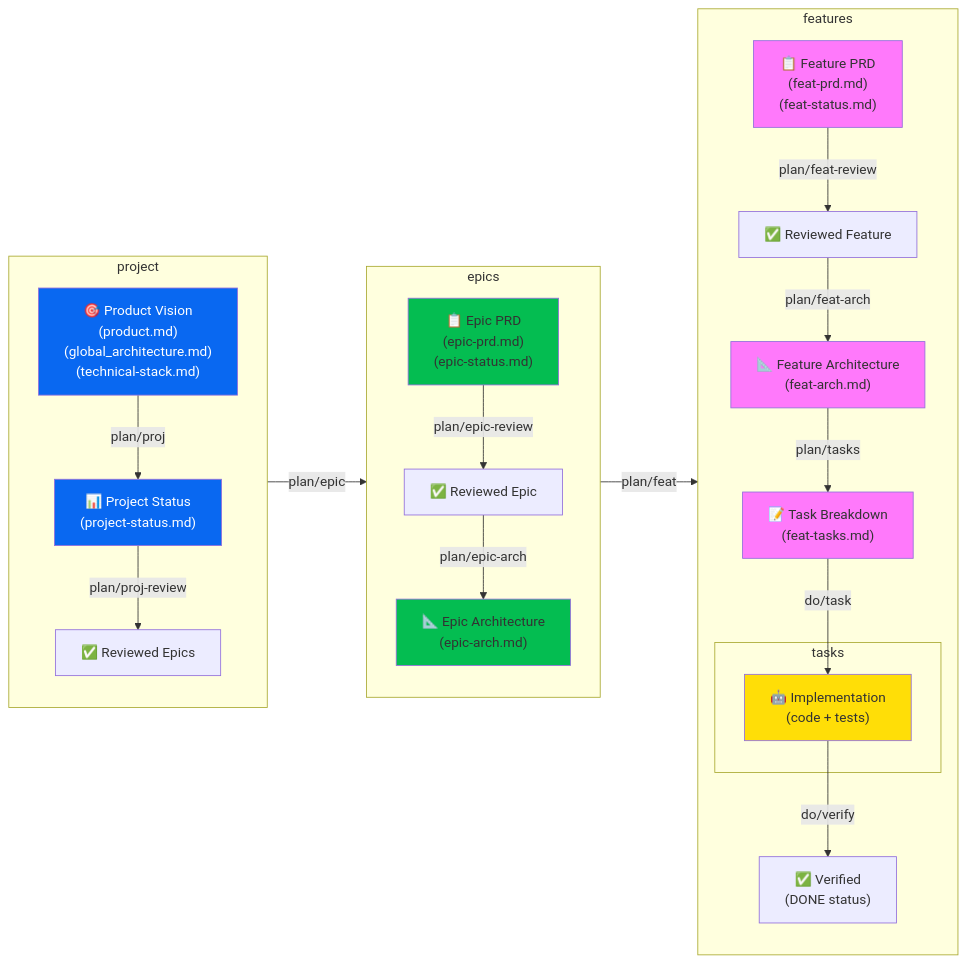
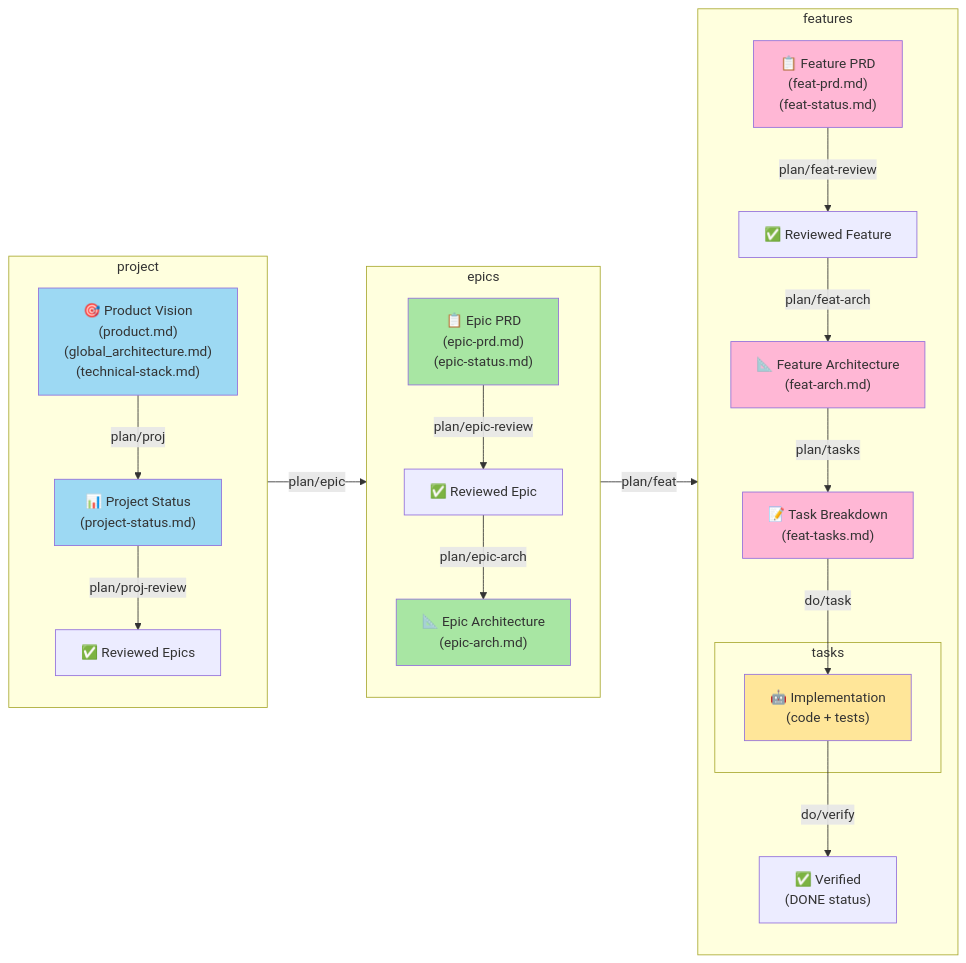
One commit to codeAvecCyril/ia-skill-plan-doc-do-follow changed the diagram in SKILL.md. Above: the diagram before and after it, drawn with Mermaid.

Commit message:
fix: changing colors, testing git submodule commands

````diff
--- a/SKILL.md
+++ b/SKILL.md
@@ -708,49 +708,49 @@
 ```mermaid
 graph LR
 subgraph project
     direction TB
     A["🎯 Product Vision<br/>(product.md)<br/>(global_architecture.md)<br/>(technical-stack.md)"]
     B["📊 Project Status<br/>(project-status.md)"]
     C["✅ Reviewed Epics"]
 end
 subgraph epics
     direction TB
     D["📋 Epic PRD<br/>(epic-prd.md)<br/>(epic-status.md)"]
     E["✅ Reviewed Epic"]
     F["📐 Epic Architecture<br/>(epic-arch.md)"]
 end
 subgraph features
     direction TB
     G["📋 Feature PRD<br/>(feat-prd.md)<br/>(feat-status.md)"]
     H["✅ Reviewed Feature"]
     I["📐 Feature Architecture<br/>(feat-arch.md)"]
     J["📝 Task Breakdown<br/>(feat-tasks.md)"]
     subgraph tasks
         K["🤖 Implementation<br/>(code + tests)"]
     end
     L["✅ Verified<br/>(DONE status)"]
 end
 
     A -->|plan/proj| B
     B -->|plan/proj-review| C
     project -->|plan/epic| epics
     D -->|plan/epic-review| E
     E -->|plan/epic-arch| F
     epics -->|plan/feat| features
     G -->|plan/feat-review| H
     H -->|plan/feat-arch| I
     I -->|plan/tasks| J
     J -->|do/task| K
     K -->|do/verify| L
 
  %% colors
-classDef proj_blue fill:#0968F1,color:#ffffff
-classDef epic_green fill:#04bd51
-classDef feat_rose fill:#ff79fb
-classDef task_yellow fill:#ffde07
+classDef proj_blue fill:#9DD9F3
+classDef epic_green fill:#A8E6A3
+classDef feat_pink fill:#FFB7D5
+classDef task_yellow fill:#FFE699
 
 class A,B proj_blue
 class D,F epic_green
-class G,I,J feat_rose
+class G,I,J feat_pink
 class K task_yellow
 ```
````
